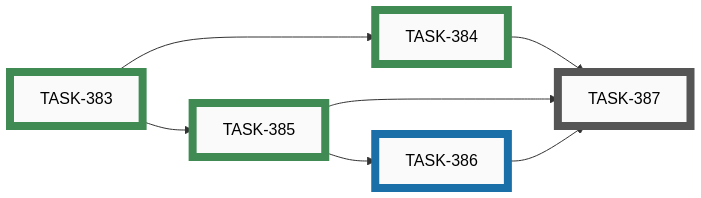
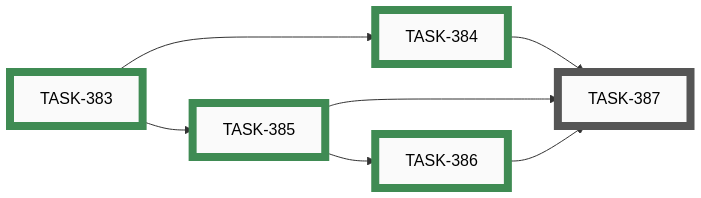
One commit to tgd1975/AwesomeGuitarPedal changed the tenth of 11 diagrams in docs/developers/tasks/EPICS.md. Above: the diagram before and after it, drawn with Mermaid. The commit also changed other lines of this file and 3 other files, not shown here.

First line of the commit message:
close TASK-386: Wiring test tool — LED individual mode (selection, on/off, all-toggle)

````diff
--- a/docs/developers/tasks/EPICS.md
+++ b/docs/developers/tasks/EPICS.md
@@ -374,27 +374,27 @@
 ```mermaid
 graph LR
     TASK_387["TASK-387"]:::open
-    TASK_386["TASK-386"]:::active
     TASK_383["TASK-383"]:::closed
     TASK_384["TASK-384"]:::closed
     TASK_385["TASK-385"]:::closed
+    TASK_386["TASK-386"]:::closed
     TASK_384 --> TASK_387
     TASK_385 --> TASK_387
     TASK_386 --> TASK_387
-    TASK_385 --> TASK_386
     TASK_383 --> TASK_384
     TASK_383 --> TASK_385
+    TASK_385 --> TASK_386
     click TASK_387 "open/task-387-wiring-test-tool-final-bindings-help-legend-builder-doc.md"
-    click TASK_386 "active/task-386-wiring-test-tool-led-individual-mode.md"
     click TASK_383 "closed/task-383-wiring-test-tool-env-makefile-scaffolding.md"
     click TASK_384 "closed/task-384-wiring-test-tool-button-mode.md"
     click TASK_385 "closed/task-385-wiring-test-tool-led-group-modes.md"
+    click TASK_386 "closed/task-386-wiring-test-tool-led-individual-mode.md"
     classDef open    fill:#FAFAFA,stroke:#555,stroke-width:8px,color:#000
     classDef active  fill:#FAFAFA,stroke:#1A6FA8,stroke-width:8px,color:#000
     classDef closed  fill:#FAFAFA,stroke:#3F8B53,stroke-width:8px,color:#000
     classDef paused  fill:#FAFAFA,stroke:#B07810,stroke-width:8px,color:#000
     classDef openExt    fill:#000,stroke:#888,stroke-width:8px,color:#FFF
     classDef activeExt  fill:#000,stroke:#3FA9F5,stroke-width:8px,color:#FFF
     classDef closedExt  fill:#000,stroke:#7CC68A,stroke-width:8px,color:#FFF
     classDef pausedExt  fill:#000,stroke:#F0B030,stroke-width:8px,color:#FFF
 ```
````
